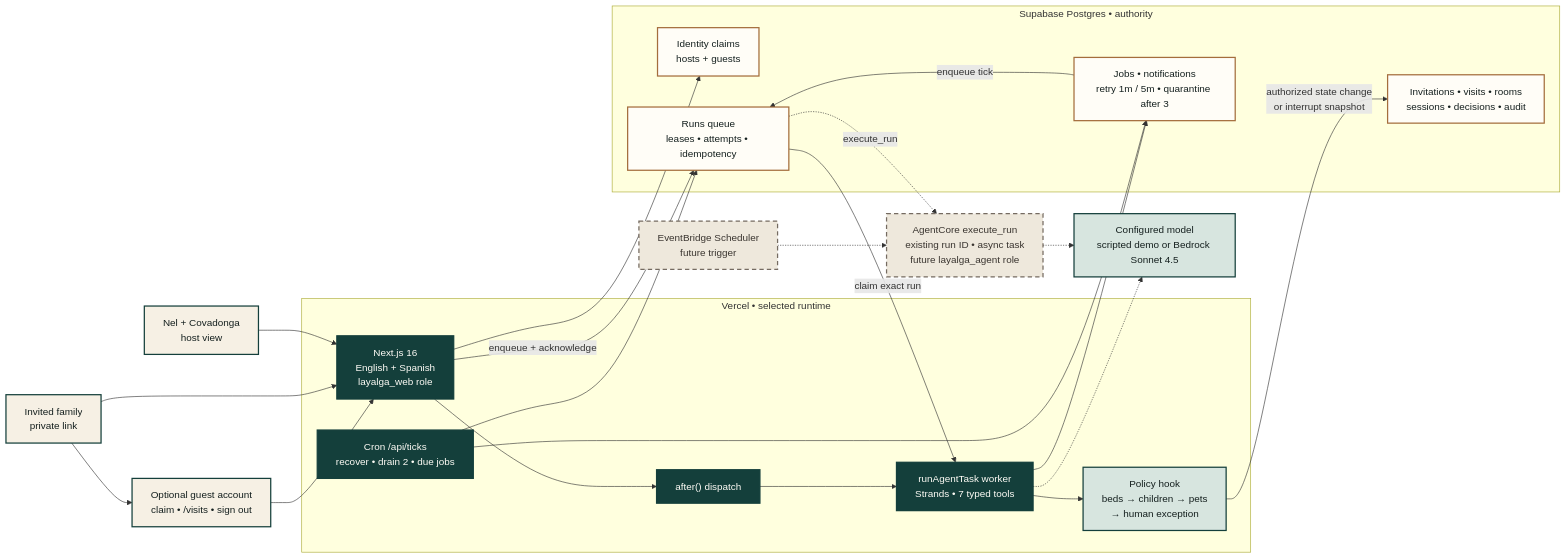
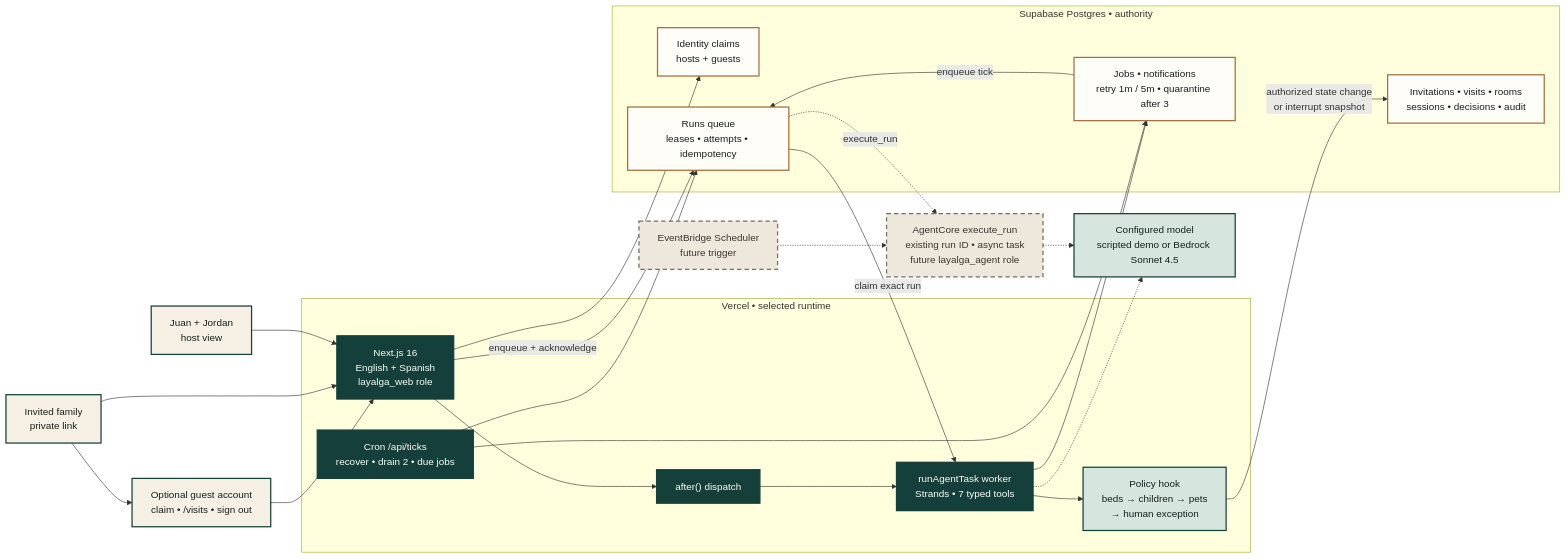
One commit to juan294/layalga changed the diagram in docs/architecture/layalga-architecture.mmd. Above: the diagram before and after it, drawn with Mermaid. The commit also changed 14 other files, not shown here.

```diff
--- a/docs/architecture/layalga-architecture.mmd
+++ b/docs/architecture/layalga-architecture.mmd
@@ -1,52 +1,52 @@
 flowchart LR
-  host["Nel + Covadonga<br/>host view"]
+  host["Juan + Jordan<br/>host view"]
   guest["Invited family<br/>private link"]
   guestAccount["Optional guest account<br/>claim • /visits • sign out"]
 
   subgraph vercel["Vercel • selected runtime"]
     web["Next.js 16<br/>English + Spanish<br/>layalga_web role"]
     cron["Cron /api/ticks<br/>recover • drain 2 • due jobs"]
     dispatch["after() dispatch"]
     worker["runAgentTask worker<br/>Strands • 7 typed tools"]
     policy["Policy hook<br/>beds → children → pets<br/>→ human exception"]
   end
 
   subgraph data["Supabase Postgres • authority"]
     identity["Identity claims<br/>hosts + guests"]
     queue["Runs queue<br/>leases • attempts • idempotency"]
     state["Invitations • visits • rooms<br/>sessions • decisions • audit"]
     jobs["Jobs • notifications<br/>retry 1m / 5m • quarantine after 3"]
   end
 
   models["Configured model<br/>scripted demo or Bedrock Sonnet 4.5"]
   agentcore["AgentCore execute_run<br/>existing run ID • async task<br/>future layalga_agent role"]
   eventbridge["EventBridge Scheduler<br/>future trigger"]
 
   host --> web
   guest --> web
   guest --> guestAccount --> web
   web --> identity
   web -- "enqueue + acknowledge" --> queue
   web --> dispatch --> worker
   cron --> queue
   cron --> jobs
   jobs -- "enqueue tick" --> queue
   queue -- "claim exact run" --> worker
   worker --> policy
   policy -- "authorized state change<br/>or interrupt snapshot" --> state
   worker --> jobs
   worker -.-> models
   queue -. "execute_run" .-> agentcore
   eventbridge -.-> agentcore
   agentcore -.-> models
 
   classDef person fill:#f6f0e4,stroke:#143f3b,color:#15201f,stroke-width:2px;
   classDef app fill:#143f3b,stroke:#143f3b,color:#fffdf7,stroke-width:2px;
   classDef core fill:#d7e5df,stroke:#143f3b,color:#15201f,stroke-width:2px;
   classDef store fill:#fffdf7,stroke:#a46d3c,color:#15201f,stroke-width:2px;
   classDef future fill:#eee8dc,stroke:#756b61,color:#3a3530,stroke-width:2px,stroke-dasharray: 7 5;
   class host,guest,guestAccount person;
   class web,dispatch,worker,cron app;
   class policy,models core;
   class identity,queue,state,jobs store;
   class agentcore,eventbridge future;
```
